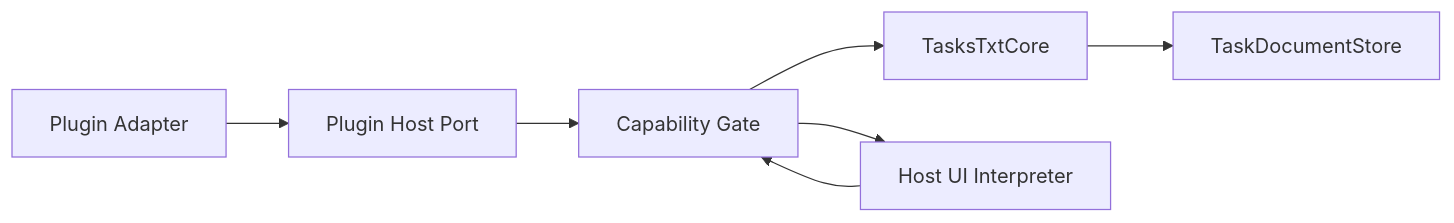
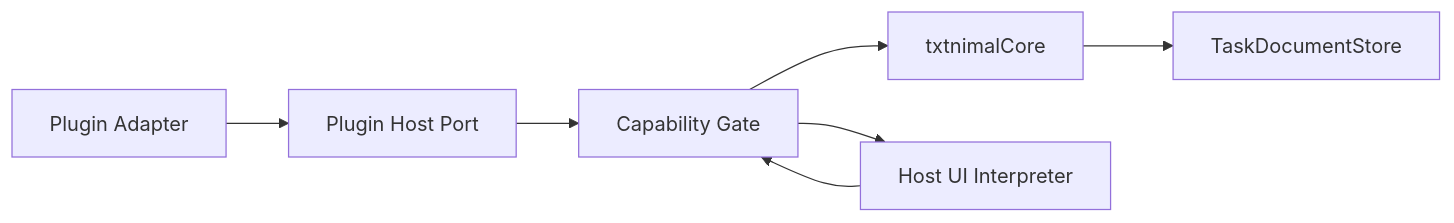
The diagram in _bmad-output/planning-artifacts/architecture/architecture-tasktxt_gui_bmad-2026-07-21/ARCHITECTURE-SPINE.md (ShiGaChenTW/txtnimal), drawn with Mermaid before and after one commit. The commit also changed other lines of this file and 37 other files, not shown here.

Commit message:
refactor: rename core module to txtnimalCore

````diff
--- a/_bmad-output/planning-artifacts/architecture/architecture-tasktxt_gui_bmad-2026-07-21/ARCHITECTURE-SPINE.md
+++ b/_bmad-output/planning-artifacts/architecture/architecture-tasktxt_gui_bmad-2026-07-21/ARCHITECTURE-SPINE.md
@@ -22,9 +22,9 @@
 ```mermaid
 flowchart LR
     Plugin[Plugin Adapter] --> Port[Plugin Host Port]
     Port --> Gate[Capability Gate]
-    Gate --> Domain[TasksTxtCore]
+    Gate --> Domain[txtnimalCore]
     Gate --> Renderer[Host UI Interpreter]
     Renderer --> Gate
     Domain --> Store[TaskDocumentStore]
 ```
````
